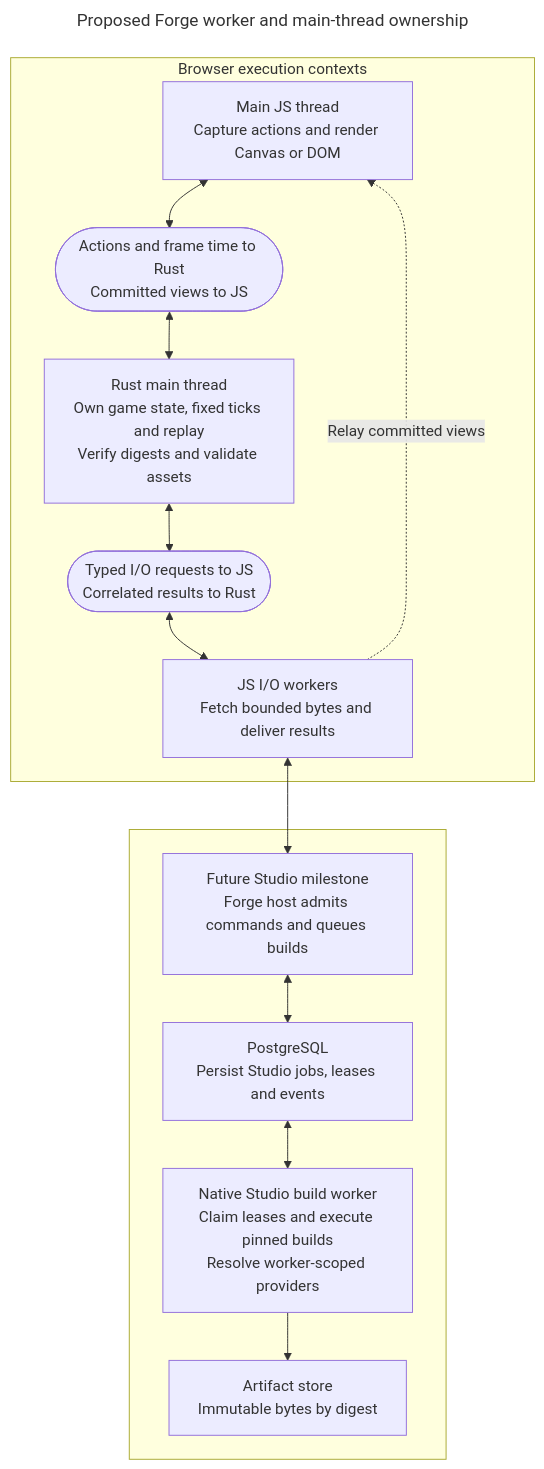
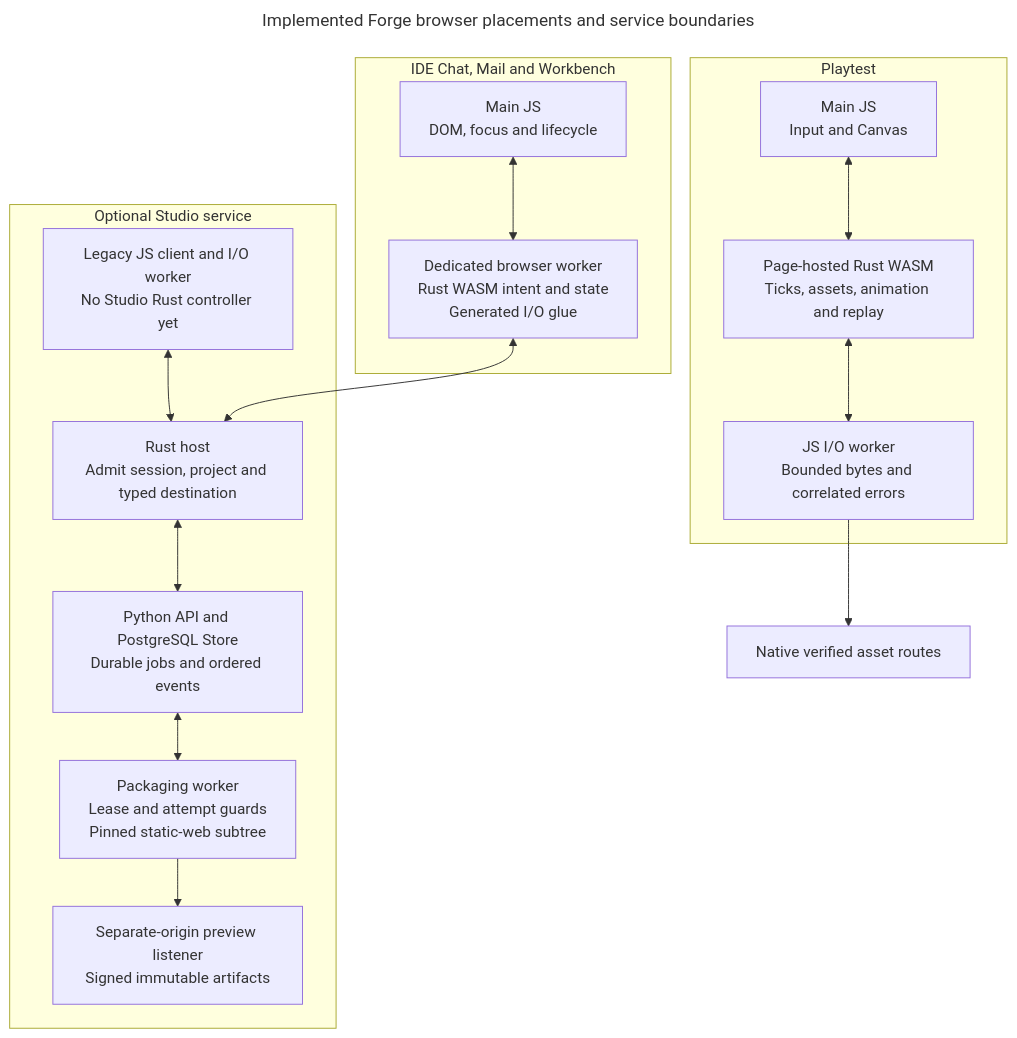
The diagram in docs/architecture/diagrams/mermaid/forge-worker-ownership.mmd (roachmaster/homelab), drawn with Mermaid before and after one commit. The commit also changed 120 other files, not shown here.

Commit message:
docs: align Forge designs with implemented capabilities

```diff
--- a/docs/architecture/diagrams/mermaid/forge-worker-ownership.mmd
+++ b/docs/architecture/diagrams/mermaid/forge-worker-ownership.mmd
@@ -1,24 +1,29 @@
 ---
-title: Proposed Forge worker and main-thread ownership
+title: Implemented Forge browser placements and service boundaries
 ---
 flowchart TB
-    subgraph Browser["Browser execution contexts"]
-        Main["Main JS thread<br/>Capture actions and render Canvas or DOM"]
-        ViewBridge(["Actions and frame time to Rust<br/>Committed views to JS"])
-        Runtime["Rust main thread<br/>Own game state, fixed ticks and replay<br/>Verify digests and validate assets"]
-        Effects(["Typed I/O requests to JS<br/>Correlated results to Rust"])
-        IO["JS I/O workers<br/>Fetch bounded bytes and deliver results"]
-        Main <--> ViewBridge <--> Runtime
-        Runtime <--> Effects <--> IO
-        IO -. Relay committed views .-> Main
+    subgraph IDE["IDE Chat, Mail and Workbench"]
+        DOM["Main JS<br/>DOM, focus and lifecycle"]
+        IW["Dedicated browser worker<br/>Rust WASM intent and state<br/>Generated I/O glue"]
+        DOM <--> IW
     end
-    subgraph Services[" "]
-        Host["Future Studio milestone<br/>Forge host admits commands and queues builds"]
-        Queue["PostgreSQL<br/>Persist Studio jobs, leases and events"]
-        Builder["Native Studio build worker<br/>Claim leases and execute pinned builds<br/>Resolve worker-scoped providers"]
-        Artifacts["Artifact store<br/>Immutable bytes by digest"]
-        Host <--> Queue
-        Queue <--> Builder
-        Builder --> Artifacts
+    subgraph Game["Playtest"]
+        Canvas["Main JS<br/>Input and Canvas"]
+        Wasm["Page-hosted Rust WASM<br/>Ticks, assets, animation and replay"]
+        IO["JS I/O worker<br/>Bounded bytes and correlated errors"]
+        Canvas <--> Wasm
+        Wasm <--> IO
     end
-    IO <--> Host
+    subgraph Studio["Optional Studio service"]
+        Legacy["Legacy JS client and I/O worker<br/>No Studio Rust controller yet"]
+        Host["Rust host<br/>Admit session, project and typed destination"]
+        API["Python API and PostgreSQL Store<br/>Durable jobs and ordered events"]
+        Worker["Packaging worker<br/>Lease and attempt guards<br/>Pinned static-web subtree"]
+        Preview["Separate-origin preview listener<br/>Signed immutable artifacts"]
+        Legacy <--> Host
+        Host <--> API
+        API <--> Worker
+        Worker --> Preview
+    end
+    IW <--> Host
+    IO --> Bytes["Native verified asset routes"]
```
